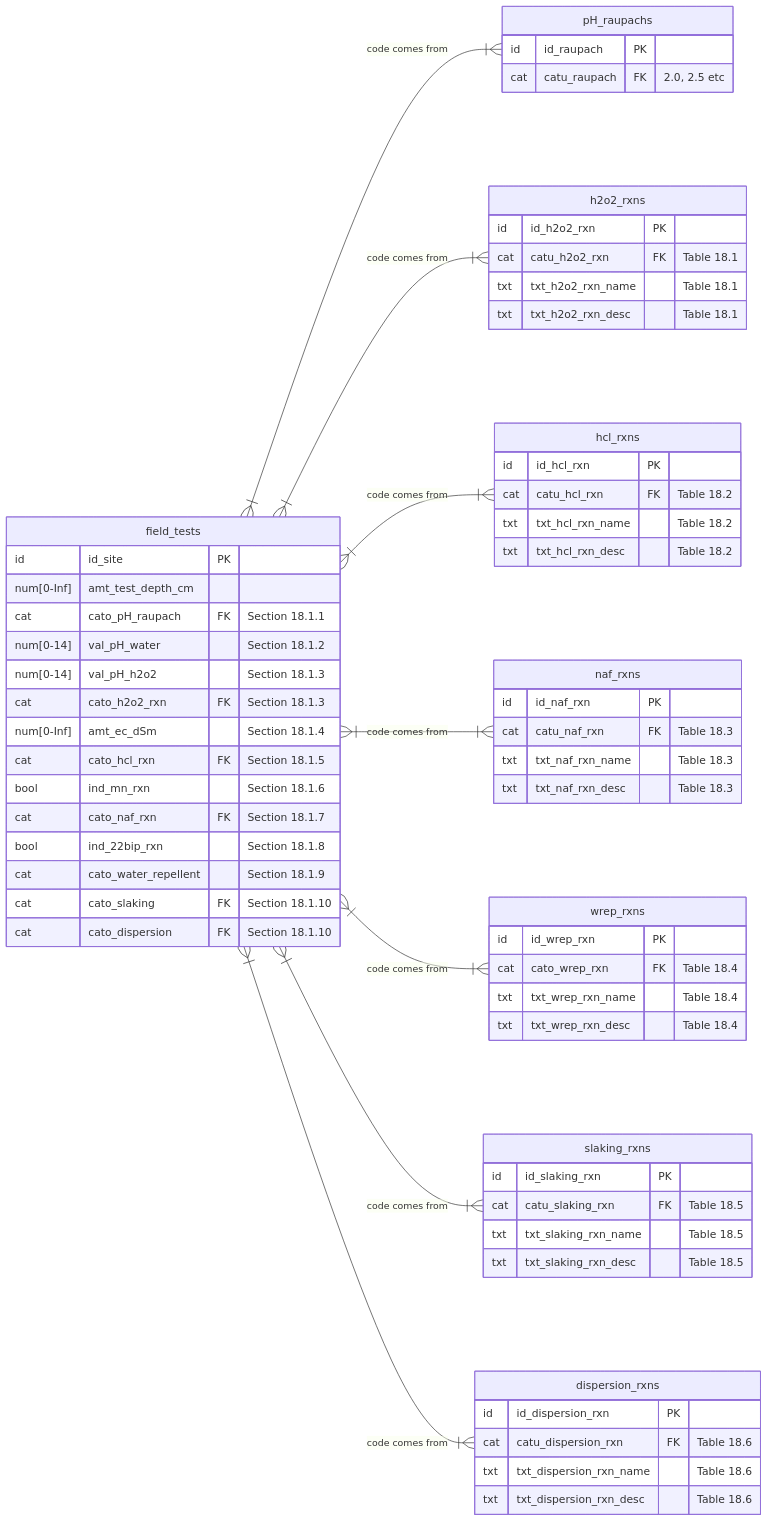
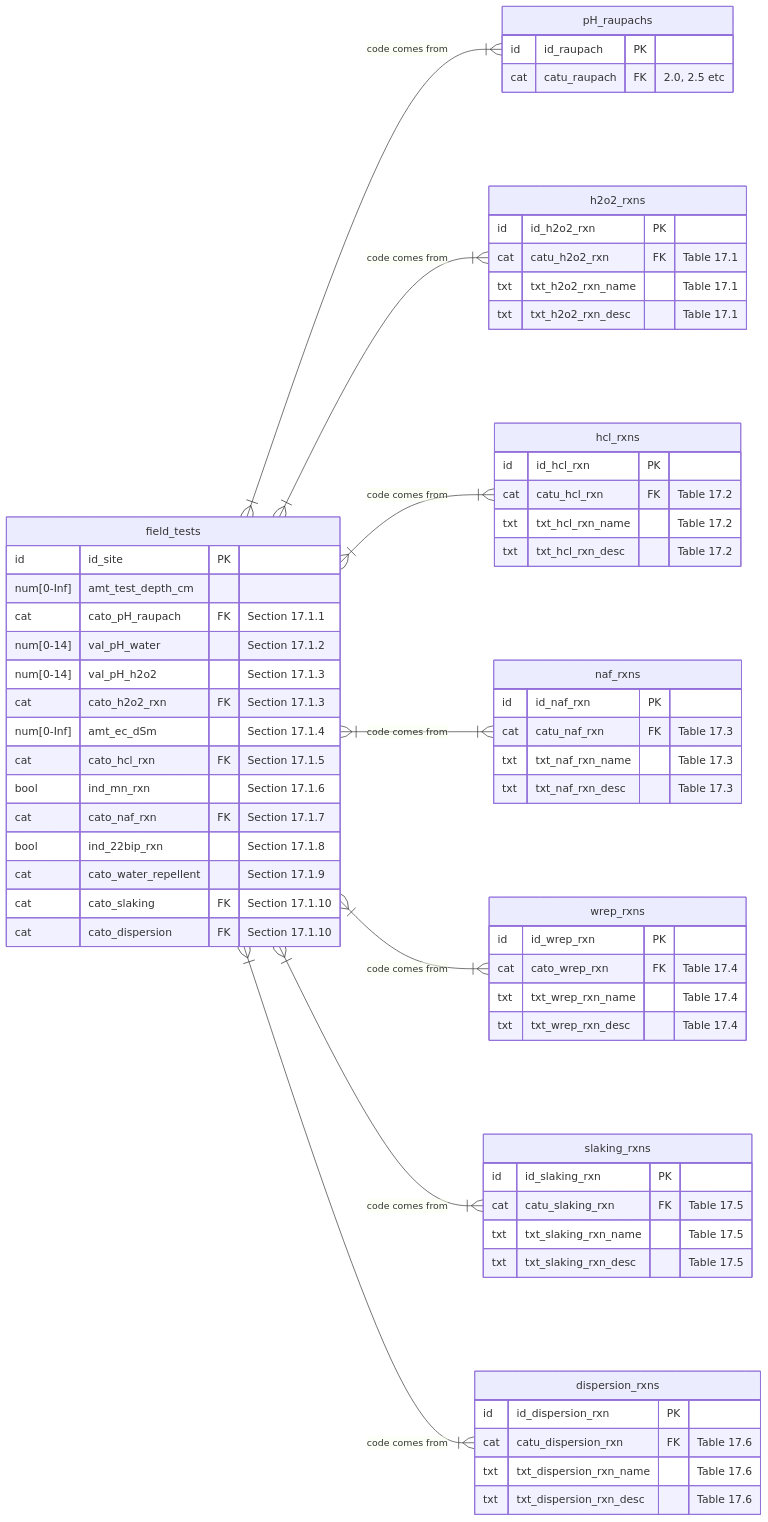
Before and after one commit to manaakiwhenua/NZ_soildesc_2024: diagram 21 of 27 in ap_03_database_design.qmd, drawn with Mermaid. The commit also changed other lines of this file, not shown here.

````diff
--- a/ap_03_database_design.qmd
+++ b/ap_03_database_design.qmd
@@ -1772,79 +1766,79 @@
 ```{mermaid}
 %%| label: fig-mhorftd
 %%| fig-cap: "Horizon field tests - Details"
 
 erDiagram
   direction LR
   field_tests }|--|{ pH_raupachs : "code comes from"
   field_tests }|--|{ h2o2_rxns : "code comes from"
   field_tests }|--|{ hcl_rxns : "code comes from"
   field_tests }|--|{ naf_rxns : "code comes from"
   field_tests }|--|{ wrep_rxns : "code comes from"
   field_tests }|--|{ slaking_rxns : "code comes from"
   field_tests }|--|{ dispersion_rxns : "code comes from"
   
   field_tests {
     id          id_site PK
     num[0-Inf]  amt_test_depth_cm
-    cat         cato_pH_raupach FK   "Section 18.1.1"
-    num[0-14]   val_pH_water         "Section 18.1.2"
-    num[0-14]   val_pH_h2o2          "Section 18.1.3"
-    cat         cato_h2o2_rxn FK     "Section 18.1.3"
-    num[0-Inf]  amt_ec_dSm           "Section 18.1.4"
-    cat         cato_hcl_rxn FK      "Section 18.1.5"
-    bool        ind_mn_rxn           "Section 18.1.6"
-    cat         cato_naf_rxn FK      "Section 18.1.7"
-    bool        ind_22bip_rxn        "Section 18.1.8"
-    cat         cato_water_repellent "Section 18.1.9"
-    cat         cato_slaking FK      "Section 18.1.10"
-    cat         cato_dispersion FK   "Section 18.1.10"
+    cat         cato_pH_raupach FK   "Section 17.1.1"
+    num[0-14]   val_pH_water         "Section 17.1.2"
+    num[0-14]   val_pH_h2o2          "Section 17.1.3"
+    cat         cato_h2o2_rxn FK     "Section 17.1.3"
+    num[0-Inf]  amt_ec_dSm           "Section 17.1.4"
+    cat         cato_hcl_rxn FK      "Section 17.1.5"
+    bool        ind_mn_rxn           "Section 17.1.6"
+    cat         cato_naf_rxn FK      "Section 17.1.7"
+    bool        ind_22bip_rxn        "Section 17.1.8"
+    cat         cato_water_repellent "Section 17.1.9"
+    cat         cato_slaking FK      "Section 17.1.10"
+    cat         cato_dispersion FK   "Section 17.1.10"
   }
 
   pH_raupachs {
     id          id_raupach PK
     cat         catu_raupach FK          "2.0, 2.5 etc"
   }
 
   h2o2_rxns {
     id          id_h2o2_rxn PK
-    cat         catu_h2o2_rxn FK        "Table 18.1"
-    txt         txt_h2o2_rxn_name       "Table 18.1"
-    txt         txt_h2o2_rxn_desc       "Table 18.1"
+    cat         catu_h2o2_rxn FK        "Table 17.1"
+    txt         txt_h2o2_rxn_name       "Table 17.1"
+    txt         txt_h2o2_rxn_desc       "Table 17.1"
   }
 
   hcl_rxns {
     id          id_hcl_rxn PK
-    cat         catu_hcl_rxn FK         "Table 18.2"
-    txt         txt_hcl_rxn_name        "Table 18.2"
-    txt         txt_hcl_rxn_desc        "Table 18.2"
+    cat         catu_hcl_rxn FK         "Table 17.2"
+    txt         txt_hcl_rxn_name        "Table 17.2"
+    txt         txt_hcl_rxn_desc        "Table 17.2"
   }
 
   naf_rxns {
     id          id_naf_rxn PK
-    cat         catu_naf_rxn FK         "Table 18.3"
-    txt         txt_naf_rxn_name        "Table 18.3"
-    txt         txt_naf_rxn_desc        "Table 18.3"
+    cat         catu_naf_rxn FK         "Table 17.3"
+    txt         txt_naf_rxn_name        "Table 17.3"
+    txt         txt_naf_rxn_desc        "Table 17.3"
   }
   
   wrep_rxns {
     id          id_wrep_rxn PK
-    cat         cato_wrep_rxn FK         "Table 18.4"
-    txt         txt_wrep_rxn_name        "Table 18.4"
-    txt         txt_wrep_rxn_desc        "Table 18.4"
+    cat         cato_wrep_rxn FK         "Table 17.4"
+    txt         txt_wrep_rxn_name        "Table 17.4"
+    txt         txt_wrep_rxn_desc        "Table 17.4"
   }
 
   slaking_rxns {
     id          id_slaking_rxn PK
-    cat         catu_slaking_rxn FK     "Table 18.5"
-    txt         txt_slaking_rxn_name    "Table 18.5"
-    txt         txt_slaking_rxn_desc    "Table 18.5"
+    cat         catu_slaking_rxn FK     "Table 17.5"
+    txt         txt_slaking_rxn_name    "Table 17.5"
+    txt         txt_slaking_rxn_desc    "Table 17.5"
   }
   
   dispersion_rxns {
     id          id_dispersion_rxn PK
-    cat         catu_dispersion_rxn FK  "Table 18.6"
-    txt         txt_dispersion_rxn_name "Table 18.6"
-    txt         txt_dispersion_rxn_desc "Table 18.6"
+    cat         catu_dispersion_rxn FK  "Table 17.6"
+    txt         txt_dispersion_rxn_name "Table 17.6"
+    txt         txt_dispersion_rxn_desc "Table 17.6"
   }
   
 ```
````
